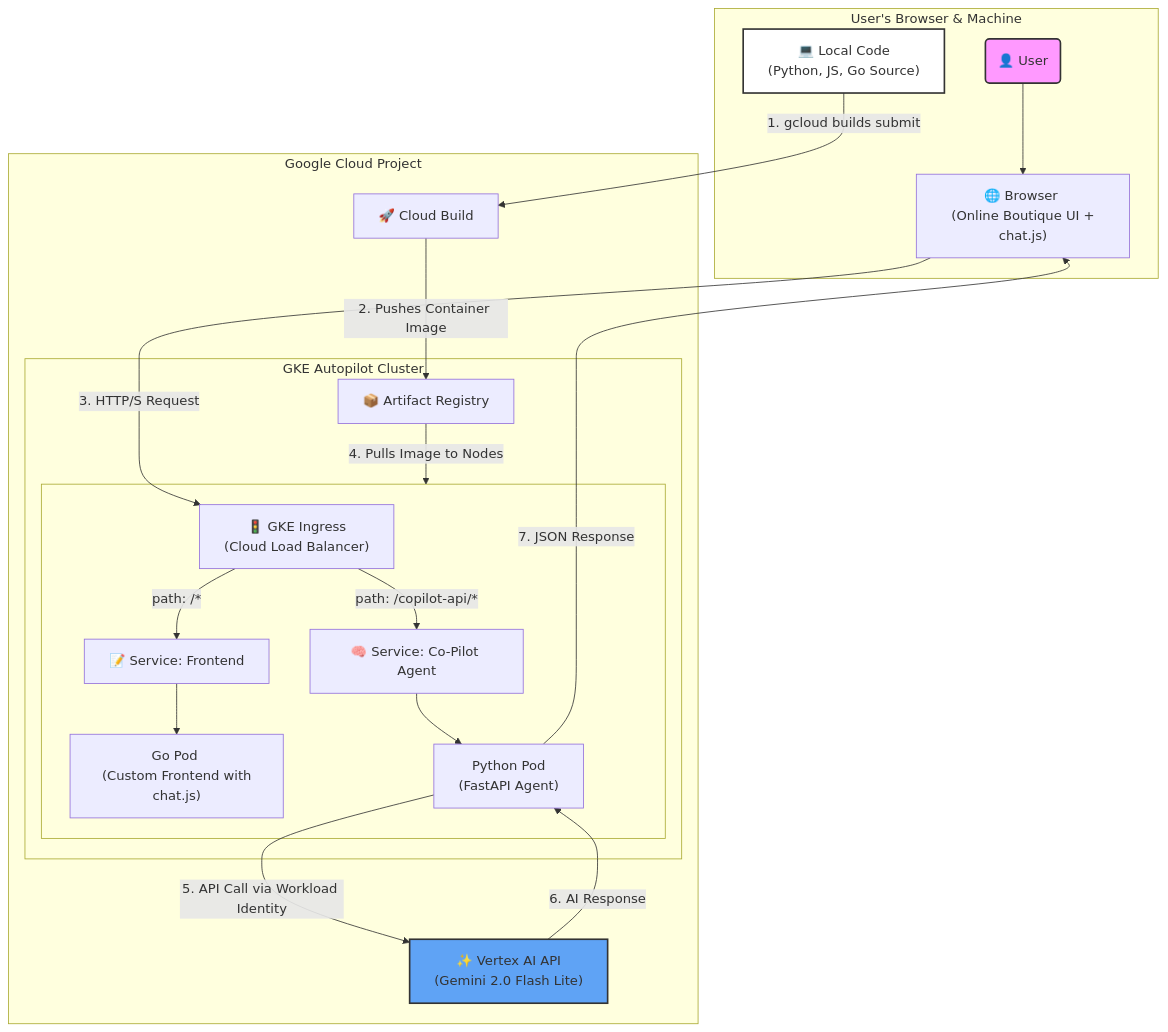
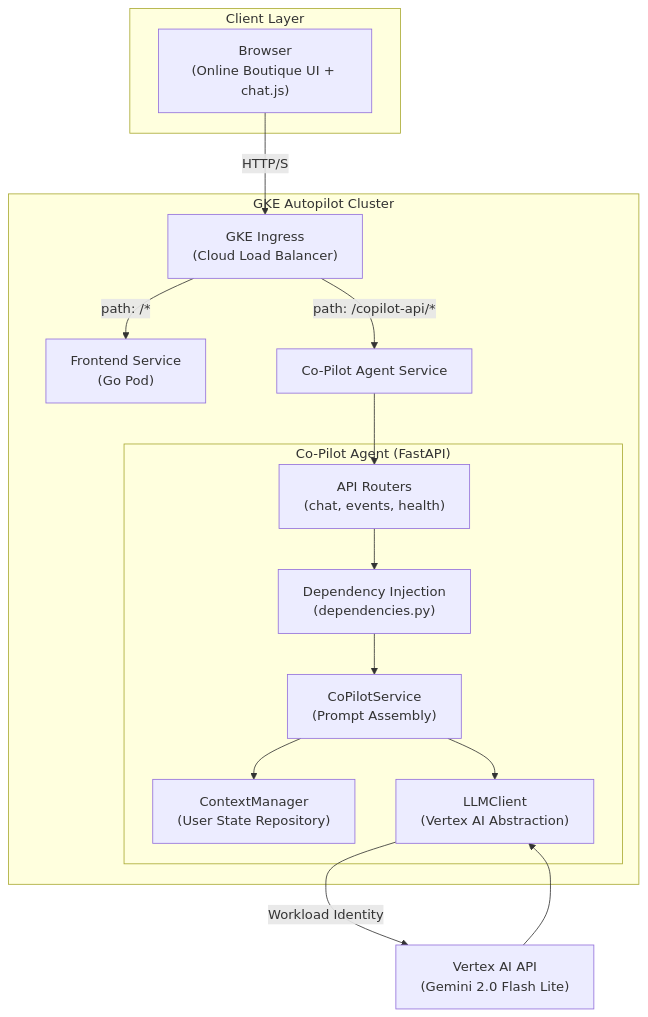
The diagram in README.md (rufiix/Boutique-Co-Pilot), drawn with Mermaid before and after one commit. The commit also changed other lines of this file and 23 other files, not shown here.

First line of the commit message:
refactor: layered architecture with DI, Strategy pattern, full test suite

````diff
--- a/README.md
+++ b/README.md
@@ -43,37 +7,31 @@
-```mermaid  
-
+```mermaid
 graph TD
-    subgraph "User's Browser & Machine"
-        User(👤 User) --> Browser["🌐 Browser <br> (Online Boutique UI + chat.js)"];
-        LocalCode["💻 Local Code <br> (Python, JS, Go Source)"];
+    subgraph "Client Layer"
+        Browser["Browser<br/>(Online Boutique UI + chat.js)"]
     end
 
-    subgraph "Google Cloud Project"
-        LocalCode -- "1. gcloud builds submit" --> CloudBuild["🚀 Cloud Build"];
-        CloudBuild -- "2. Pushes Container Image" --> ArtifactRegistry["📦 Artifact Registry"];
-        
-        Browser -- "3. HTTP/S Request" --> Ingress["🚦 GKE Ingress <br> (Cloud Load Balancer)"];
+    subgraph "GKE Autopilot Cluster"
+        Ingress["GKE Ingress<br/>(Cloud Load Balancer)"]
 
-        subgraph "GKE Autopilot Cluster"
-            ArtifactRegistry -- "4. Pulls Image to Nodes" --> GKECluster;
-            
-            subgraph GKECluster [ ]
-                Ingress -- "path: /*" --> FrontendService["📝 Service: Frontend"];
-                Ingress -- "path: /copilot-api/*" --> AgentService["🧠 Service: Co-Pilot Agent"];
+        Ingress -->|"path: /*"| Frontend["Frontend Service<br/>(Go Pod)"]
+        Ingress -->|"path: /copilot-api/*"| Agent["Co-Pilot Agent Service"]
 
-                FrontendService --> FrontendPod["Go Pod <br> (Custom Frontend with chat.js)"];
-                AgentService --> AgentPod["Python Pod <br> (FastAPI Agent)"];
-            end
+        subgraph "Co-Pilot Agent (FastAPI)"
+            Router["API Routers<br/>(chat, events, health)"]
+            DI["Dependency Injection<br/>(dependencies.py)"]
+            CoPilot["CoPilotService<br/>(Prompt Assembly)"]
+            CTX["ContextManager<br/>(User State Repository)"]
+            LLM["LLMClient<br/>(Vertex AI Abstraction)"]
         end
 
-        AgentPod -- "5. API Call via Workload Identity" --> VertexAI["✨ Vertex AI API <br> (Gemini 2.0 Flash Lite)"];
+        Router --> DI
+        DI --> CoPilot
+        CoPilot --> CTX
+        CoPilot --> LLM
     end
 
-    VertexAI -- "6. AI Response" --> AgentPod;
-    AgentPod -- "7. JSON Response" --> Browser;
-
-    style User fill:#f9f,stroke:#333,stroke-width:2px
-    style LocalCode fill:#FFF,stroke:#333,stroke-width:2px
-    style VertexAI fill:#5fa3f5,stroke:#333,stroke-width:2px
-
+    Browser -->|"HTTP/S"| Ingress
+    LLM -->|"Workload Identity"| VertexAI["Vertex AI API<br/>(Gemini 2.0 Flash Lite)"]
+    VertexAI --> LLM
+    Agent --> Router
 ```
````
